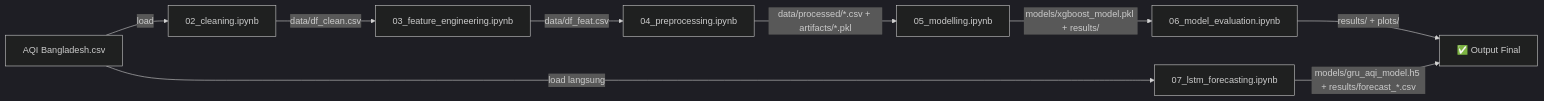
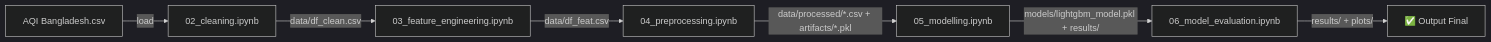
The first of 2 diagrams in README.md (faizhuda/daming-kelompok-7), drawn with Mermaid (dark theme) before and after one commit. The commit also changed other lines of this file and 8 other files, not shown here.

````diff
--- a/README.md
+++ b/README.md
@@ -157,11 +156,9 @@
 ```mermaid
 graph LR
     Raw["AQI Bangladesh.csv"] -->|load| N02["02_cleaning.ipynb"]
     N02 -->|data/df_clean.csv| N03["03_feature_engineering.ipynb"]
     N03 -->|data/df_feat.csv| N04["04_preprocessing.ipynb"]
     N04 -->|data/processed/*.csv + artifacts/*.pkl| N05["05_modelling.ipynb"]
-    N05 -->|models/xgboost_model.pkl + results/| N06["06_model_evaluation.ipynb"]
+    N05 -->|models/lightgbm_model.pkl + results/| N06["06_model_evaluation.ipynb"]
     N06 -->|results/ + plots/| Done["✅ Output Final"]
-    Raw -->|load langsung| N07["07_lstm_forecasting.ipynb"]
-    N07 -->|models/gru_aqi_model.h5 + results/forecast_*.csv| Done
 ```
````
